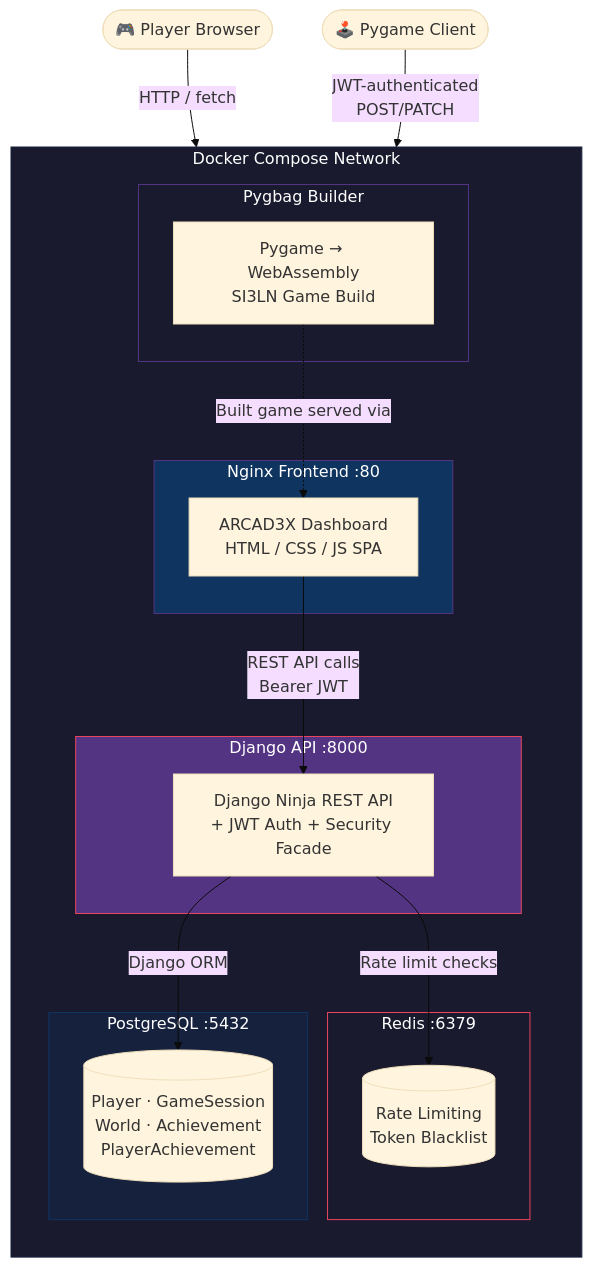
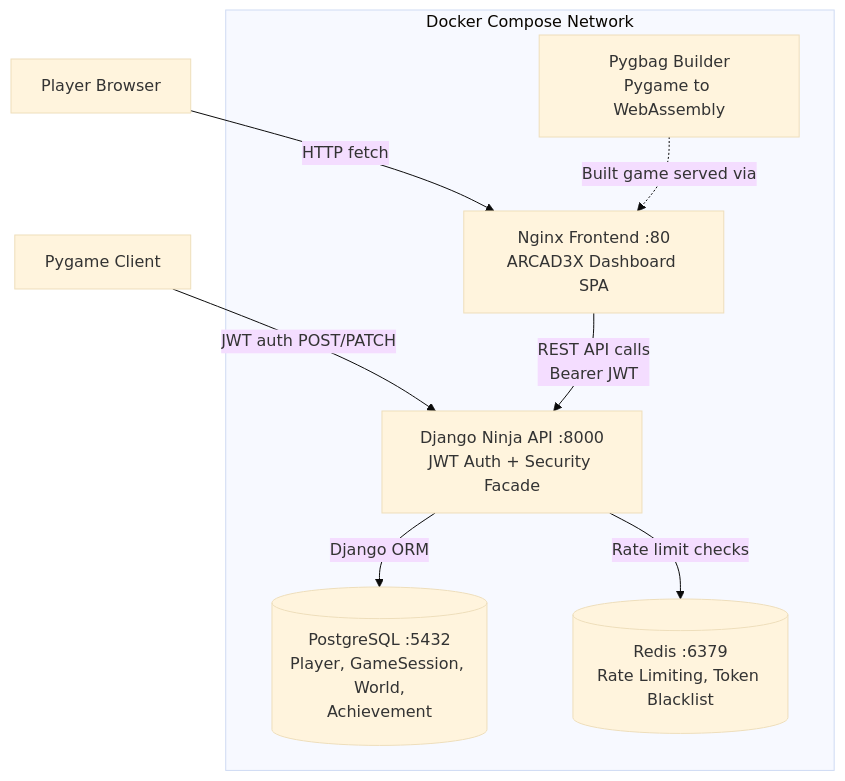
The first of 3 diagrams in README.md (Schpser/SI3LN_Python), drawn with Mermaid (base theme) before and after one commit.

Commit message:
Update README for Portfolio P.4

````diff
--- a/README.md
+++ b/README.md
@@ -58,40 +58,18 @@
 ```mermaid
 graph TB
-    subgraph Docker["Docker Compose Network"]
-        direction TB
-        
-        subgraph Frontend["Nginx Frontend :80"]
-            DASH["ARCAD3X Dashboard<br/>HTML / CSS / JS SPA"]
-        end
-        
-        subgraph API["Django API :8000"]
-            NINJA["Django Ninja REST API<br/>+ JWT Auth + Security Facade"]
-        end
-        
-        subgraph DB["PostgreSQL :5432"]
-            PG[("Player · GameSession<br/>World · Achievement<br/>PlayerAchievement")]
-        end
-        
-        subgraph Cache["Redis :6379"]
-            REDIS[("Rate Limiting<br/>Token Blacklist")]
-        end
-        
-        subgraph Builder["Pygbag Builder"]
-            WASM["Pygame → WebAssembly<br/>SI3LN Game Build"]
-        end
+    Player["Player Browser"] -->|HTTP fetch| Frontend
+    GameClient["Pygame Client"] -->|JWT auth POST/PATCH| API
+
+    subgraph Docker Compose Network
+        Frontend["Nginx Frontend :80<br/>ARCAD3X Dashboard SPA"]
+        API["Django Ninja API :8000<br/>JWT Auth + Security Facade"]
+        DB[("PostgreSQL :5432<br/>Player, GameSession, World,<br/>Achievement")]
+        Redis[("Redis :6379<br/>Rate Limiting, Token Blacklist")]
+        Builder["Pygbag Builder<br/>Pygame to WebAssembly"]
     end
-    
-    PLAYER(["🎮 Player Browser"]) -->|"HTTP / fetch"| DASH
-    DASH -->|"REST API calls<br/>Bearer JWT"| NINJA
-    NINJA -->|"Django ORM"| PG
-    NINJA -->|"Rate limit checks"| REDIS
-    WASM -.->|"Built game served via"| DASH
-    GAME(["🕹️ Pygame Client"]) -->|"JWT-authenticated<br/>POST/PATCH"| NINJA
 
-    style Docker fill:#1a1a2e,stroke:#16213e,color:#fff
-    style Frontend fill:#0f3460,stroke:#533483,color:#fff
-    style API fill:#533483,stroke:#e94560,color:#fff
-    style DB fill:#16213e,stroke:#0f3460,color:#fff
-    style Cache fill:#1a1a2e,stroke:#e94560,color:#fff
-    style Builder fill:#1a1a2e,stroke:#533483,color:#fff
+    Frontend -->|REST API calls<br/>Bearer JWT| API
+    API -->|Django ORM| DB
+    API -->|Rate limit checks| Redis
+    Builder -.->|Built game served via| Frontend
 ```
````
